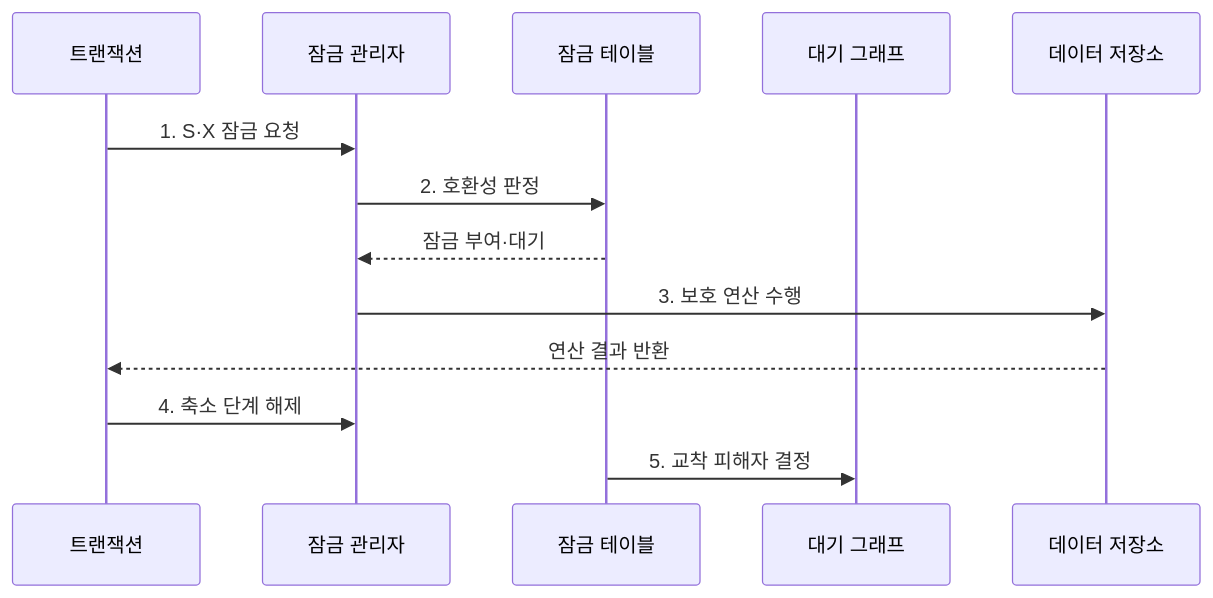
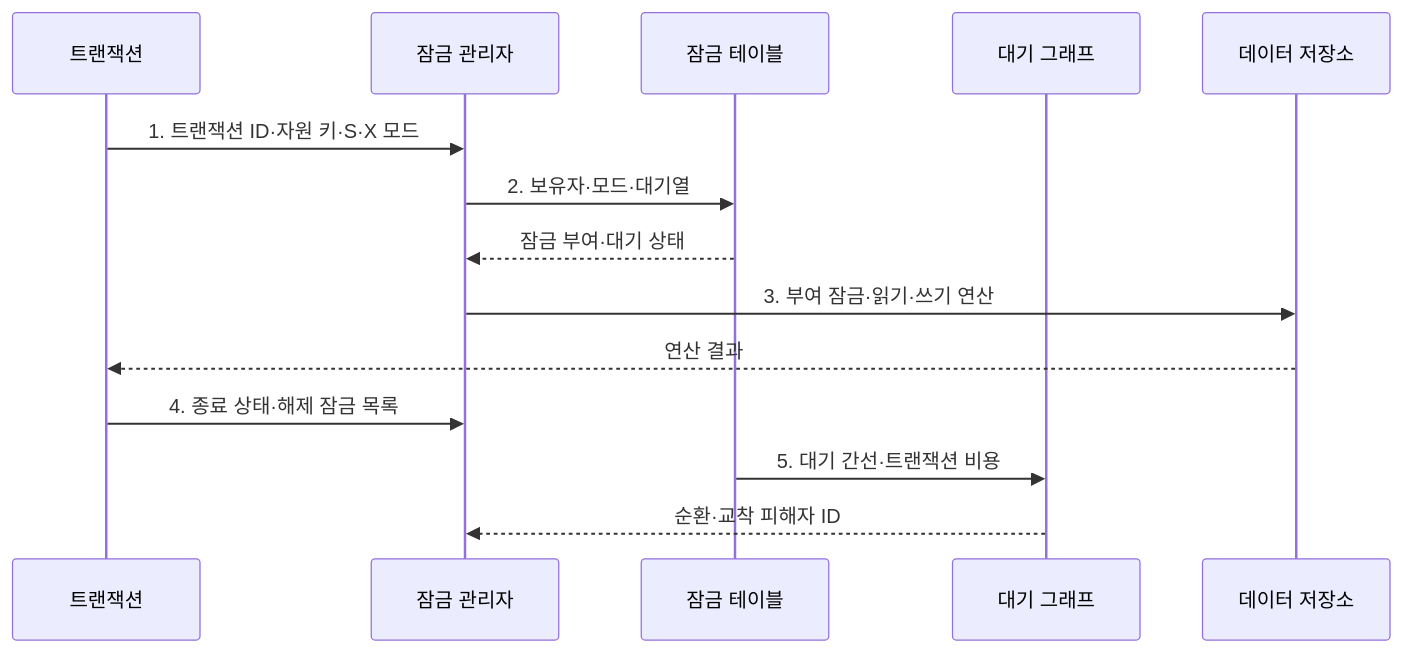
Before and after one commit to agnusdei1207/knowledge-base: the second of 2 diagrams in src/content/docs/notes/03-software/088_two_phase_locking.md, drawn with Mermaid. The commit also changed other lines of this file and 20 other files, not shown here.

````diff
--- a/src/content/docs/notes/03-software/088_two_phase_locking.md
+++ b/src/content/docs/notes/03-software/088_two_phase_locking.md
@@ -79,15 +88,16 @@
 ```mermaid
 sequenceDiagram
     participant T as 트랜잭션
     participant L as 잠금 관리자
     participant B as 잠금 테이블
     participant W as 대기 그래프
     participant D as 데이터 저장소
-    T->>L: 1. S·X 잠금 요청
-    L->>B: 2. 호환성 판정
-    B-->>L: 잠금 부여·대기
-    L->>D: 3. 보호 연산 수행
-    D-->>T: 연산 결과 반환
-    T->>L: 4. 축소 단계 해제
-    B->>W: 5. 교착 피해자 결정
+    T->>L: 1. 트랜잭션 ID·자원 키·S·X 모드
+    L->>B: 2. 보유자·모드·대기열
+    B-->>L: 잠금 부여·대기 상태
+    L->>D: 3. 부여 잠금·읽기·쓰기 연산
+    D-->>T: 연산 결과
+    T->>L: 4. 종료 상태·해제 잠금 목록
+    B->>W: 5. 대기 간선·트랜잭션 비용
+    W-->>L: 순환·교착 피해자 ID
 ```
````
